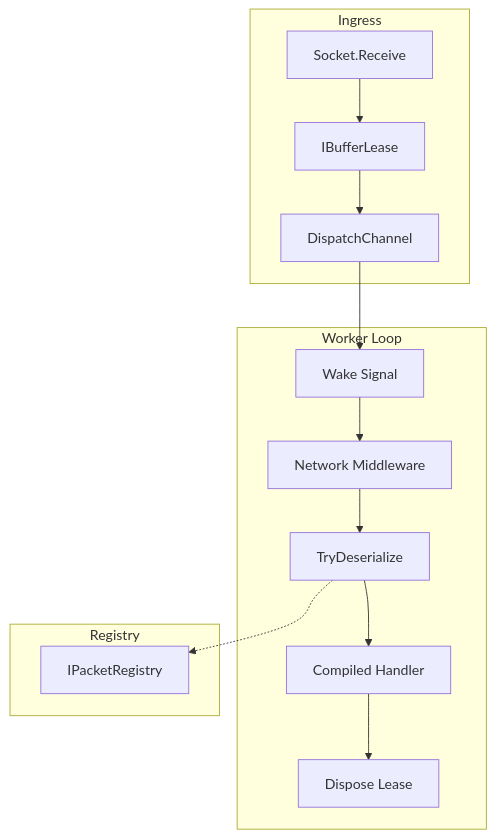
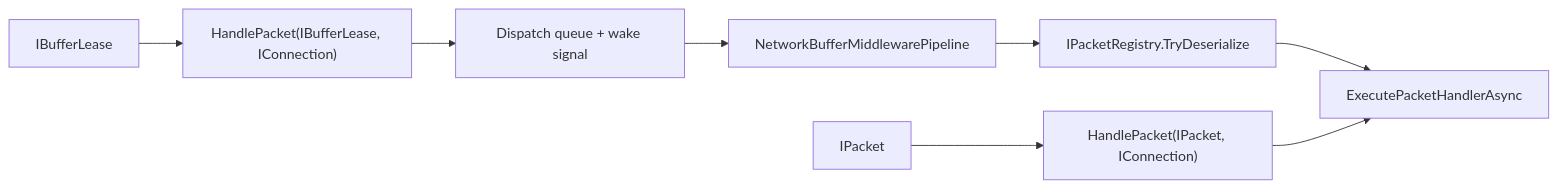
Before and after one commit to ppn-systems/Nalix: the diagram in docs/api/runtime/routing/packet-dispatch.md, drawn with Mermaid. The commit also changed other lines of this file and 75 other files, not shown here.

````diff
--- a/docs/api/runtime/routing/packet-dispatch.md
+++ b/docs/api/runtime/routing/packet-dispatch.md
@@ -7,19 +31,11 @@
 ```mermaid
-graph TD
-    subgraph Ingress
-        A[Socket.Receive] --> B[IBufferLease]
-        B --> C[DispatchChannel]
-    end
-    
-    subgraph Workers [Worker Loop]
-        C --> W[Wake Signal]
-        W --> D[Network Middleware]
-        D --> E[TryDeserialize]
-        E --> F[Compiled Handler]
-        F --> G[Dispose Lease]
-    end
-    
-    subgraph Registry
-        E -.-> R[IPacketRegistry]
-    end
+flowchart LR
+    A["IBufferLease"] --> B["HandlePacket(IBufferLease, IConnection)"]
+    B --> C["Dispatch queue + wake signal"]
+    C --> D["NetworkBufferMiddlewarePipeline"]
+    D --> E["IPacketRegistry.TryDeserialize"]
+    E --> F["ExecutePacketHandlerAsync"]
+
+    X["IPacket"] --> Y["HandlePacket(IPacket, IConnection)"]
+    Y --> F
 ```
````
